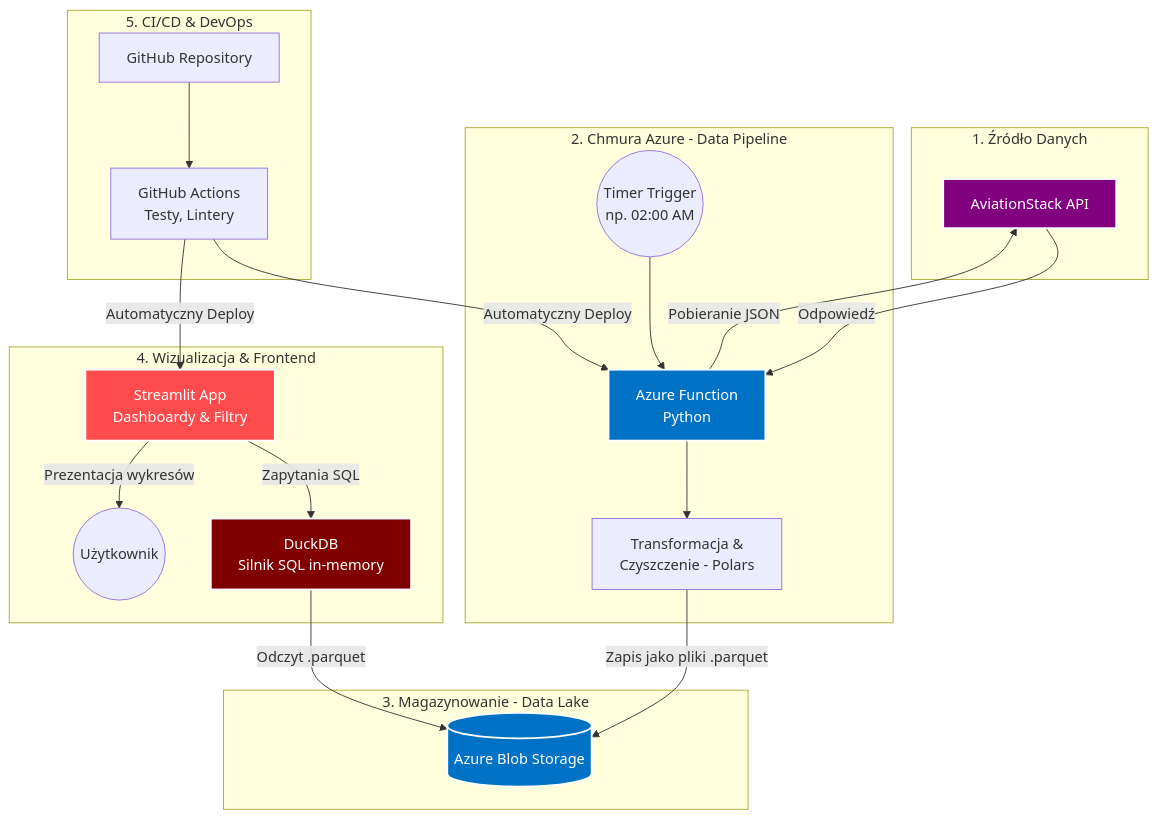
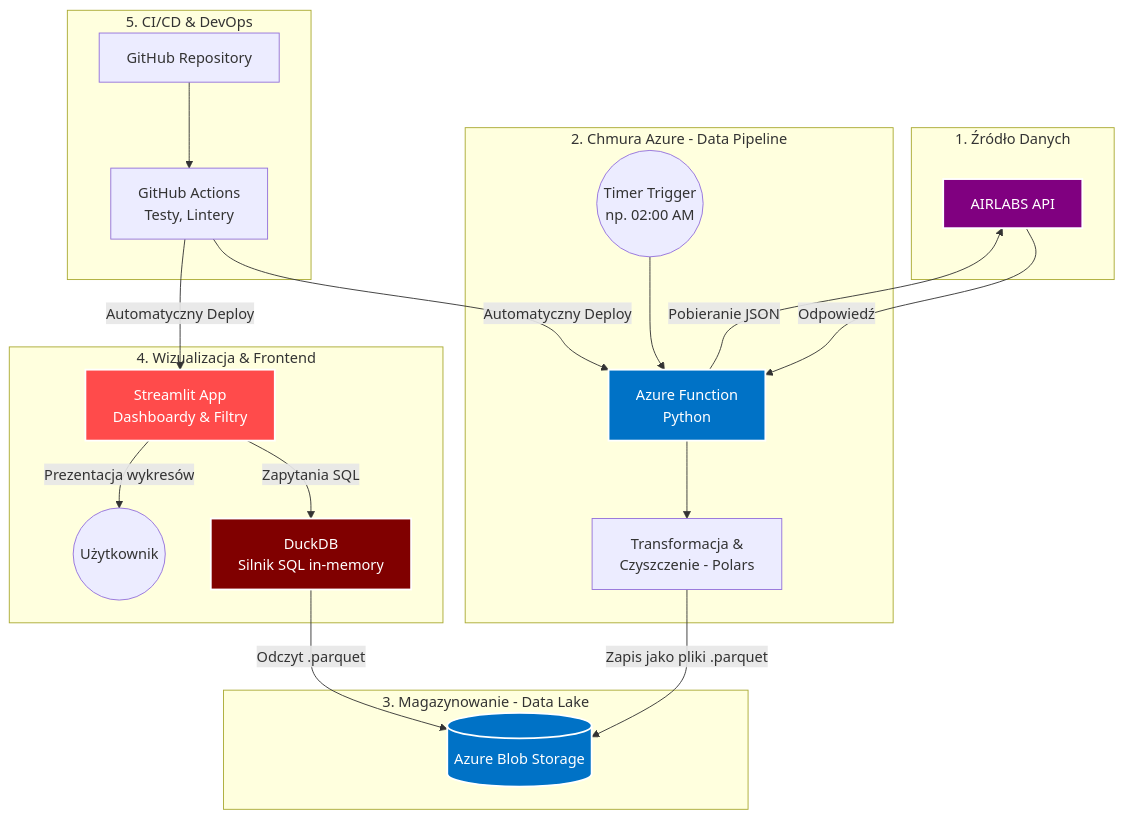
The diagram in README.md (Samekmat/AeroLake), drawn with Mermaid before and after one commit. The commit also changed other lines of this file and 1 other file, not shown here.

Commit message:
docs: change api mentions

````diff
--- a/README.md
+++ b/README.md
@@ -74,46 +74,46 @@
 ```mermaid
 graph TD
     subgraph SG1 [1. Źródło Danych]
-        API[AviationStack API]
+        API[AIRLABS API]
     end
 
     subgraph SG2 [2. Chmura Azure - Data Pipeline]
         Timer((Timer Trigger<br/>np. 02:00 AM))
         AZF[Azure Function<br/>Python]
         Process[Transformacja &<br/>Czyszczenie - Polars]
 
         Timer --> AZF
         AZF -->|Pobieranie JSON| API
         API -->|Odpowiedź| AZF
         AZF --> Process
     end
 
     subgraph SG3 [3. Magazynowanie - Data Lake]
         Blob[(Azure Blob Storage)]
         Process -->|Zapis jako pliki .parquet| Blob
     end
 
     subgraph SG4 [4. Wizualizacja & Frontend]
         Duck[DuckDB<br/>Silnik SQL in-memory]
         Stream[Streamlit App<br/>Dashboardy & Filtry]
         User((Użytkownik))
 
         Stream -->|Zapytania SQL| Duck
         Duck -->|Odczyt .parquet| Blob
         Stream -->|Prezentacja wykresów| User
     end
 
     subgraph SG5 [5. CI/CD & DevOps]
         Git[GitHub Repository]
         Action[GitHub Actions<br/>Testy, Lintery]
         Git --> Action
         Action -->|Automatyczny Deploy| AZF
         Action -->|Automatyczny Deploy| Stream
     end
 
     style API fill:#800080,stroke:#fff,stroke-width:2px,color:#fff
     style AZF fill:#0072c6,stroke:#fff,stroke-width:2px,color:#fff
     style Blob fill:#0072c6,stroke:#fff,stroke-width:2px,color:#fff
     style Stream fill:#ff4b4b,stroke:#fff,stroke-width:2px,color:#fff
     style Duck fill:#800000,stroke:#fff,stroke-width:2px,color:#fff
 ```
````
